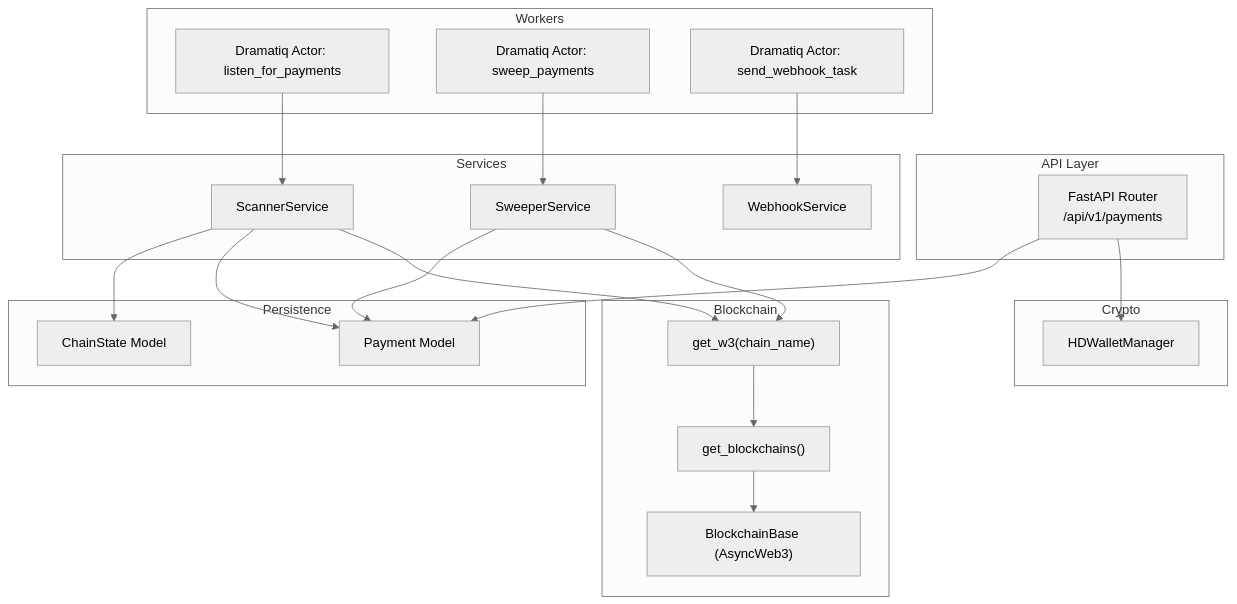
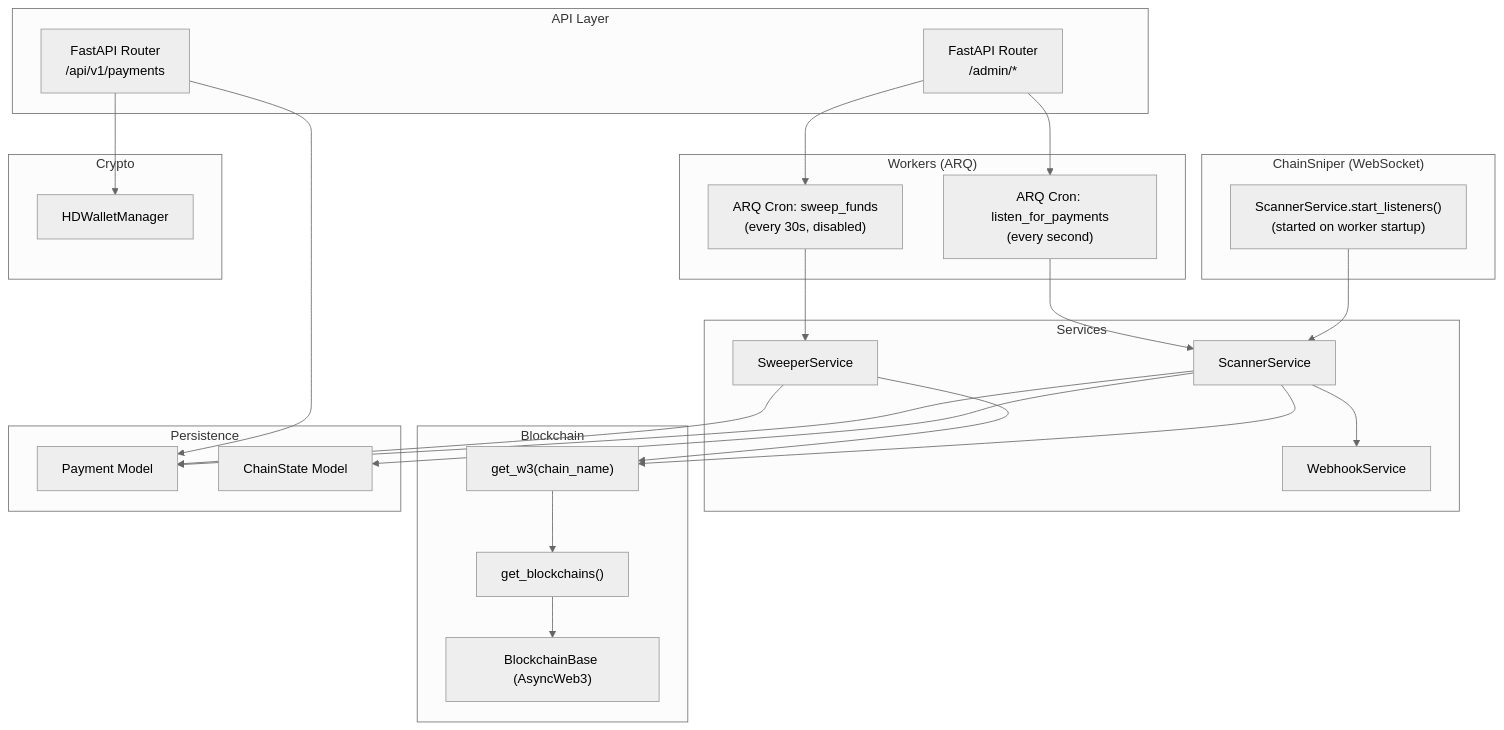
One commit to rakibhossain72/ctrip-docs changed the first of 8 diagrams in docs/core-services/core-services.md. Above: the diagram before and after it, drawn with Mermaid (neutral theme). The commit also changed other lines of this file and 25 other files, not shown here.

First line of the commit message:
docs: Update documentation to reflect ARQ task migration from Dramatiq

````diff
--- a/docs/core-services/core-services.md
+++ b/docs/core-services/core-services.md
@@ -52,40 +55,46 @@
 ```mermaid
 graph TB
 subgraph "API Layer"
 API["FastAPI Router<br/>/api/v1/payments"]
+Admin["FastAPI Router<br/>/admin/*"]
 end
-subgraph "Workers"
-Listener["Dramatiq Actor: listen_for_payments"]
-SweeperActor["Dramatiq Actor: sweep_payments"]
-WebhookActor["Dramatiq Actor: send_webhook_task"]
+subgraph "Workers (ARQ)"
+Listener["ARQ Cron: listen_for_payments<br/>(every second)"]
+SweeperActor["ARQ Cron: sweep_funds<br/>(every 30s, disabled)"]
+end
+subgraph "ChainSniper (WebSocket)"
+Sniper["ScannerService.start_listeners()<br/>(started on worker startup)"]
 end
 subgraph "Services"
 Scanner["ScannerService"]
 Sweeper["SweeperService"]
 WebhookSvc["WebhookService"]
 end
 subgraph "Blockchain"
 W3["get_w3(chain_name)"]
 Manager["get_blockchains()"]
 Base["BlockchainBase (AsyncWeb3)"]
 end
 subgraph "Crypto"
 HD["HDWalletManager"]
 end
 subgraph "Persistence"
 PaymentModel["Payment Model"]
 ChainStateModel["ChainState Model"]
 end
 API --> HD
 API --> PaymentModel
+Admin --> Listener
+Admin --> SweeperActor
+Sniper --> Scanner
 Listener --> Scanner
 SweeperActor --> Sweeper
-WebhookActor --> WebhookSvc
 Scanner --> W3
 Sweeper --> W3
 W3 --> Manager
 Manager --> Base
 Scanner --> PaymentModel
 Scanner --> ChainStateModel
 Sweeper --> PaymentModel
+Scanner --> WebhookSvc
 ```
````
